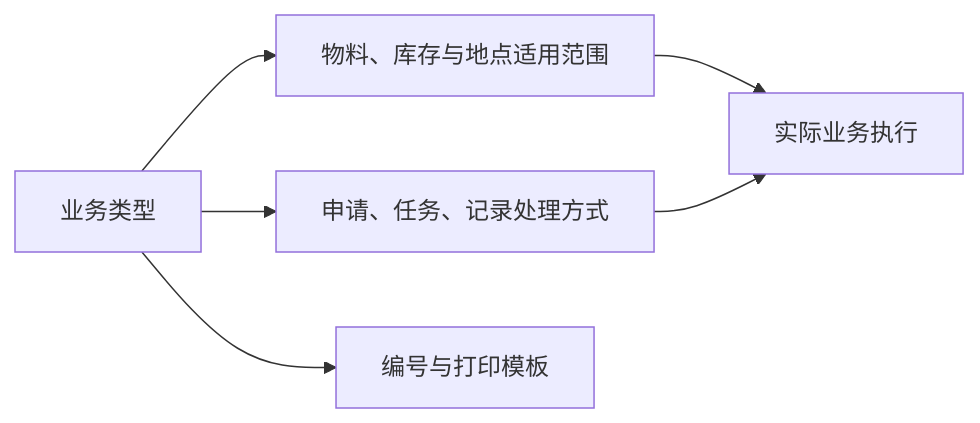
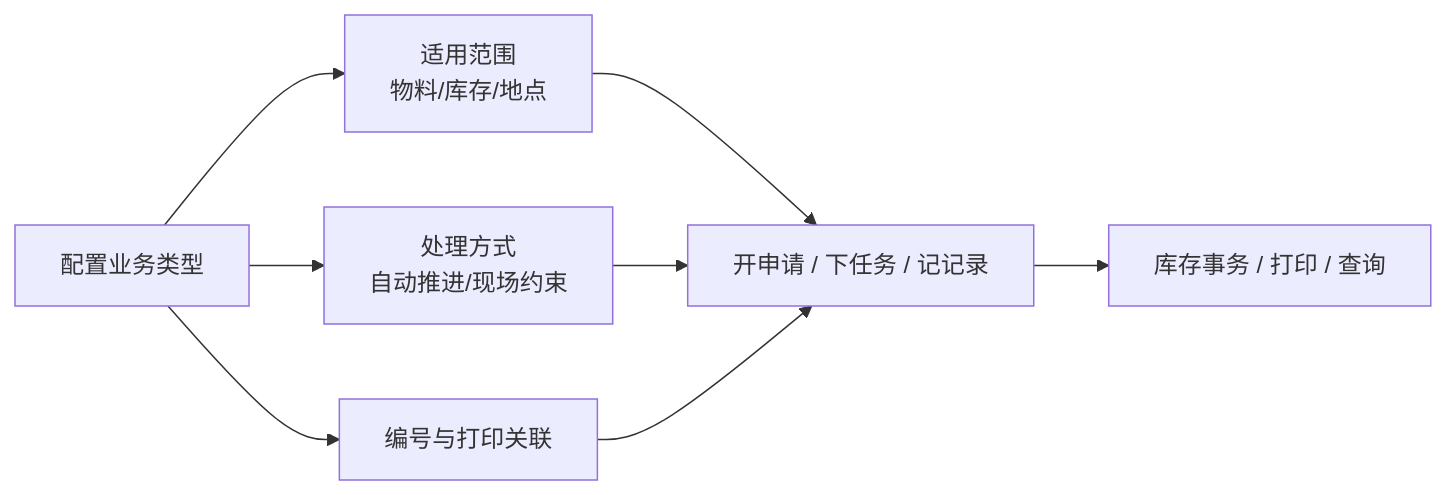
The diagram in docs/04-DBC-主数据管理/05-策略设置/03-业务类型.md (jiargcn/MomProductDocument), drawn with Mermaid before and after one commit. The commit also changed other lines of this file and 9 other files, not shown here.

````diff
--- a/docs/04-DBC-主数据管理/05-策略设置/03-业务类型.md
+++ b/docs/04-DBC-主数据管理/05-策略设置/03-业务类型.md
@@ -12,8 +41,10 @@
 ```mermaid
 flowchart LR
-    A["业务类型"] --> B["物料、库存与地点适用范围"]
-    A --> C["申请、任务、记录处理方式"]
-    A --> D["编号与打印模板"]
-    B --> E["实际业务执行"]
+    A["配置业务类型"] --> B["适用范围<br/>物料/库存/地点"]
+    A --> C["处理方式<br/>自动推进/现场约束"]
+    A --> D["编号与打印关联"]
+    B --> E["开申请 / 下任务 / 记记录"]
     C --> E
+    D --> E
+    E --> F["库存事务 / 打印 / 查询"]
 ```
````
